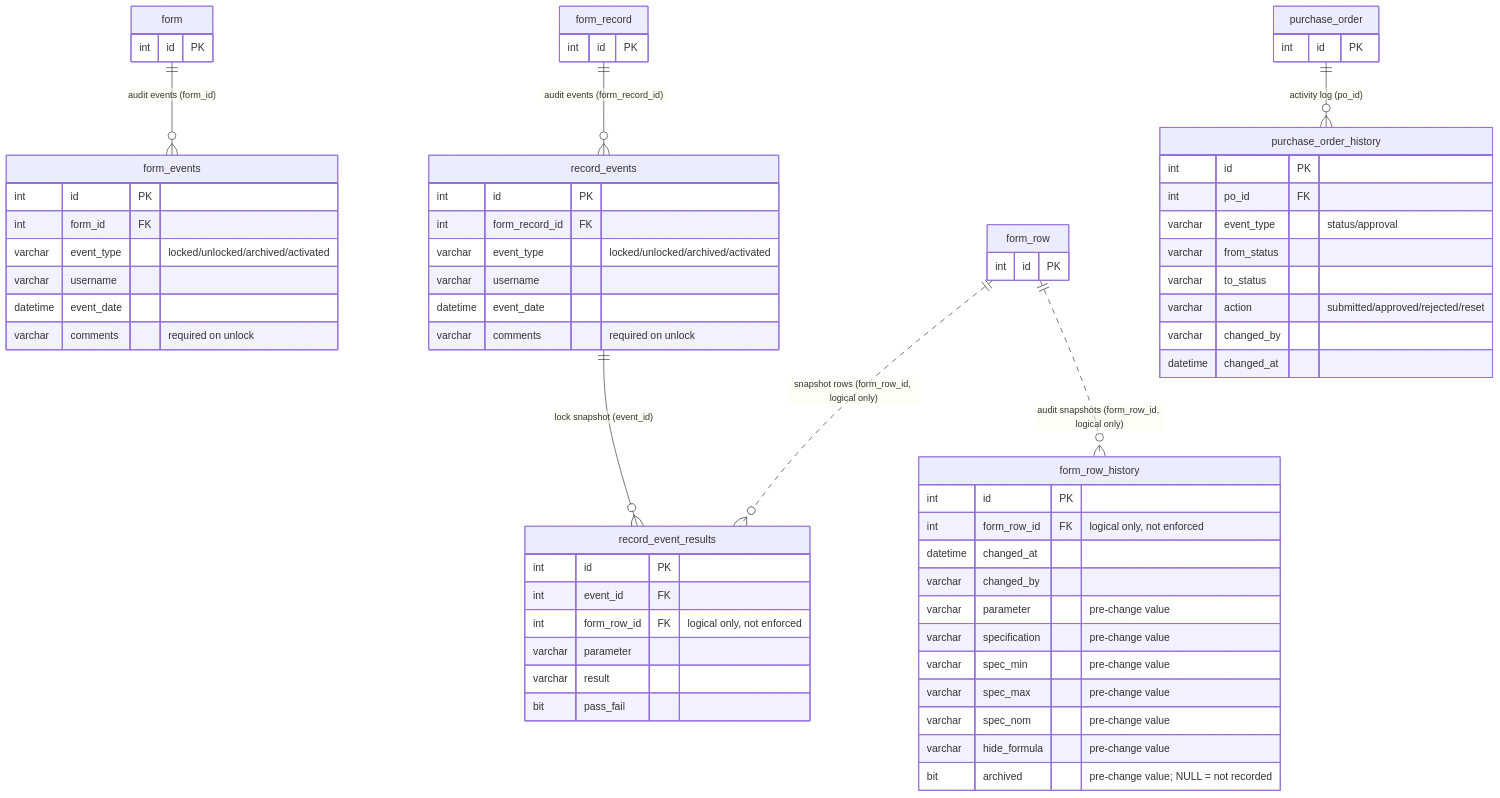
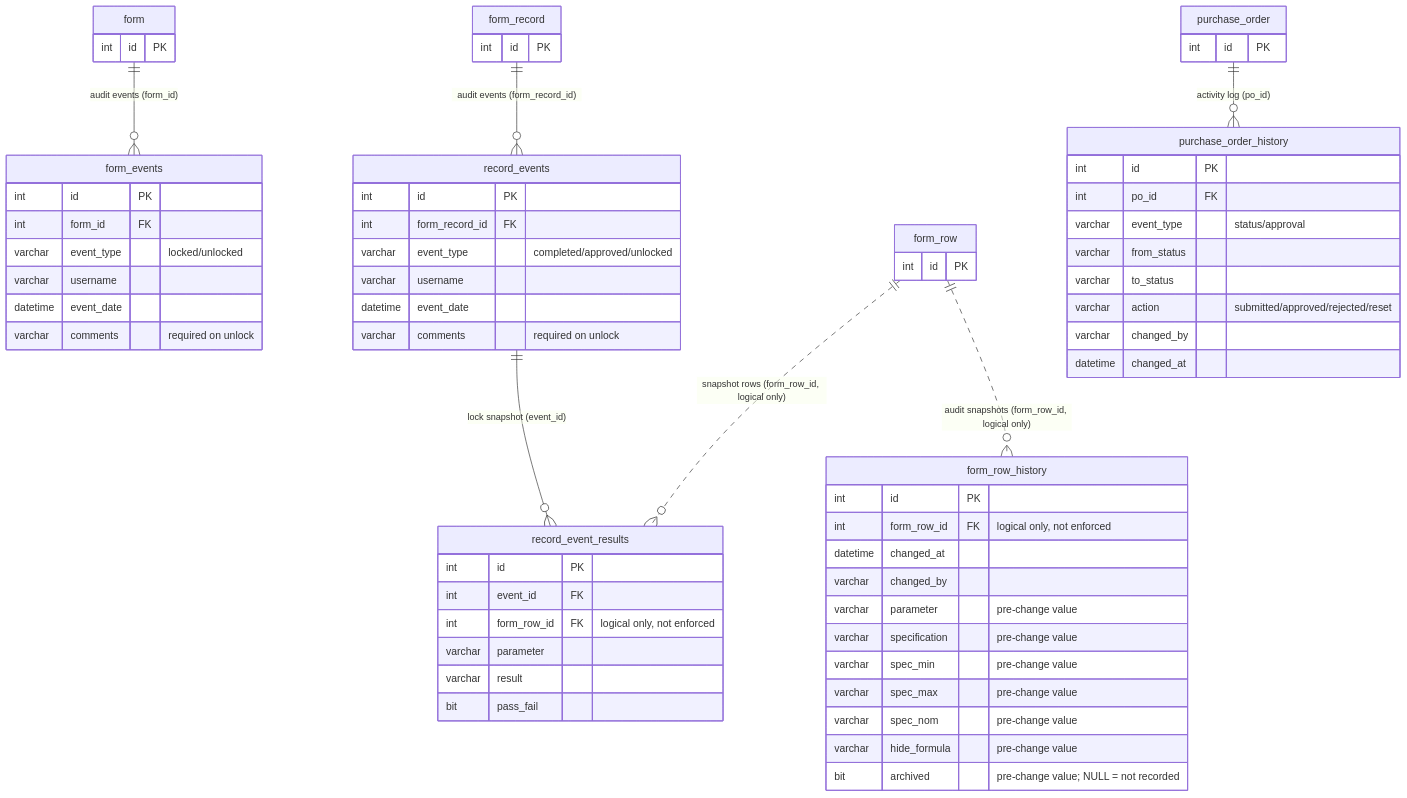
One commit to Jolls/arx changed the seventh of 7 diagrams in SQL/schema_diagram.md. Above: the diagram before and after it, drawn with Mermaid. The commit also changed other lines of this file and 1 other file, not shown here.

First line of the commit message:
Sync schema diagram FKs and event types with the DDL

````diff
--- a/SQL/schema_diagram.md
+++ b/SQL/schema_diagram.md
@@ -899,78 +904,78 @@
 ```mermaid
 erDiagram
 
     form {
         int id PK
     }
 
     form_events {
         int      id         PK
         int      form_id    FK
-        varchar  event_type "locked/unlocked/archived/activated"
+        varchar  event_type "locked/unlocked"
         varchar  username
         datetime event_date
         varchar  comments   "required on unlock"
     }
 
     form_row {
         int id PK
     }
 
     form_row_history {
         int      id            PK
         int      form_row_id   FK "logical only, not enforced"
         datetime changed_at
         varchar  changed_by
         varchar  parameter     "pre-change value"
         varchar  specification "pre-change value"
         varchar  spec_min      "pre-change value"
         varchar  spec_max      "pre-change value"
         varchar  spec_nom      "pre-change value"
         varchar  hide_formula  "pre-change value"
         bit      archived      "pre-change value; NULL = not recorded"
     }
 
     form_record {
         int id PK
     }
 
     record_events {
         int      id             PK
         int      form_record_id FK
-        varchar  event_type     "locked/unlocked/archived/activated"
+        varchar  event_type     "completed/approved/unlocked"
         varchar  username
         datetime event_date
         varchar  comments       "required on unlock"
     }
 
     record_event_results {
         int     id          PK
         int     event_id    FK
         int     form_row_id FK "logical only, not enforced"
         varchar parameter
         varchar result
         bit     pass_fail
     }
 
     purchase_order {
         int id PK
     }
 
     purchase_order_history {
         int      id          PK
         int      po_id       FK
         varchar  event_type  "status/approval"
         varchar  from_status
         varchar  to_status
         varchar  action      "submitted/approved/rejected/reset"
         varchar  changed_by
         datetime changed_at
     }
 
     form             ||--o{ form_events           : "audit events (form_id)"
     form_row         ||..o{ form_row_history      : "audit snapshots (form_row_id, logical only)"
     form_record      ||--o{ record_events         : "audit events (form_record_id)"
     record_events    ||--o{ record_event_results  : "lock snapshot (event_id)"
     form_row         ||..o{ record_event_results  : "snapshot rows (form_row_id, logical only)"
     purchase_order   ||--o{ purchase_order_history : "activity log (po_id)"
 ```
````
